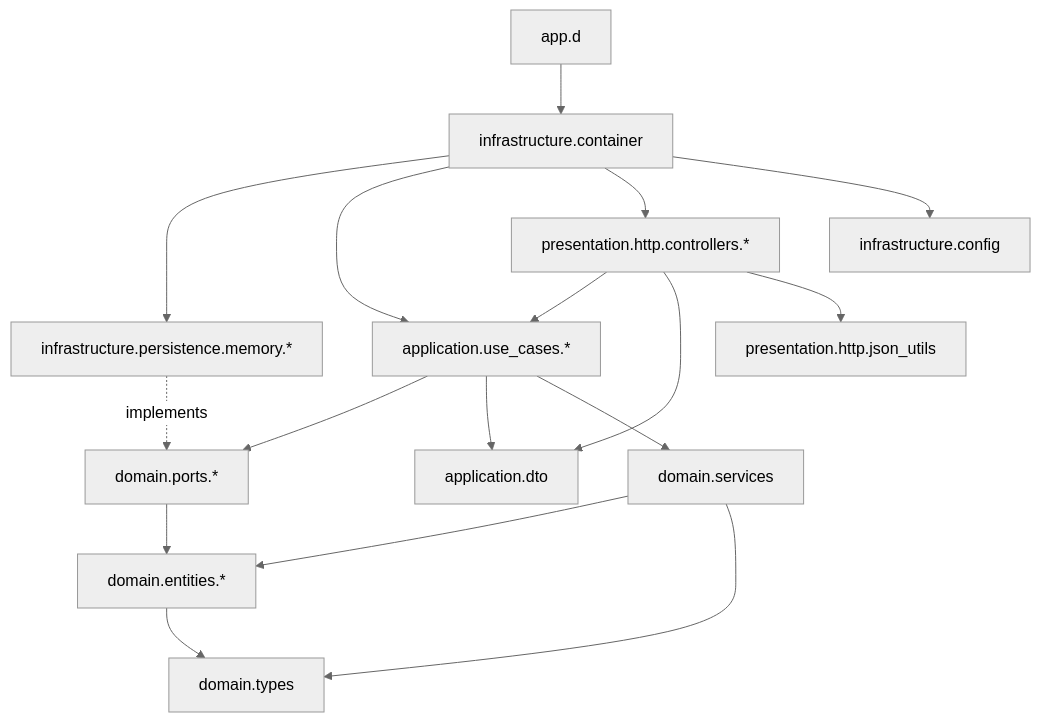
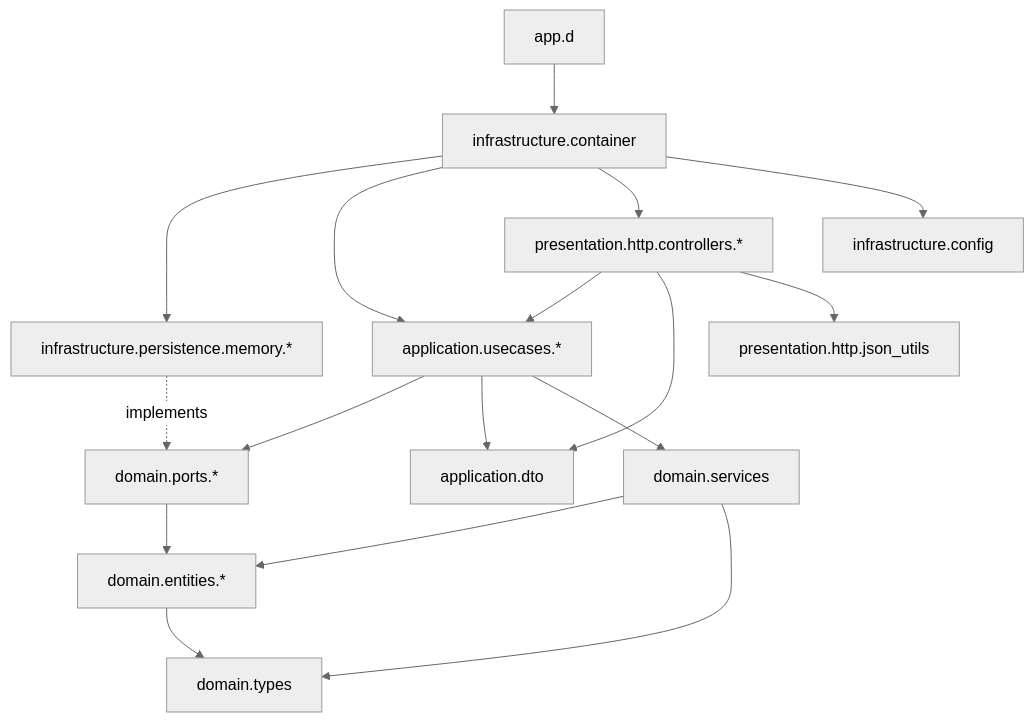
Diagram 11 of 12 in document-ai/docs/uml.md (UIMSolutions/uim-platform), drawn with Mermaid (neutral theme) before and after one commit. The commit also changed 61 other files, not shown here.

````diff
--- a/document-ai/docs/uml.md
+++ b/document-ai/docs/uml.md
@@ -586,22 +586,22 @@
 ```mermaid
 graph TD
     APP["app.d"] --> CONT["infrastructure.container"]
     CONT --> MEM_REPOS["infrastructure.persistence.memory.*"]
-    CONT --> USECASES["application.use_cases.*"]
+    CONT --> USECASES["application.usecases.*"]
     CONT --> CONTROLLERS["presentation.http.controllers.*"]
     CONT --> CONFIG["infrastructure.config"]
 
     CONTROLLERS --> USECASES
     CONTROLLERS --> DTO["application.dto"]
     CONTROLLERS --> JSON["presentation.http.json_utils"]
 
     USECASES --> PORTS["domain.ports.*"]
     USECASES --> DTO
     USECASES --> DOMAIN_SVC["domain.services"]
 
     MEM_REPOS -.->|implements| PORTS
     PORTS --> ENTITIES["domain.entities.*"]
     ENTITIES --> TYPES["domain.types"]
     DOMAIN_SVC --> ENTITIES
     DOMAIN_SVC --> TYPES
 ```
````
